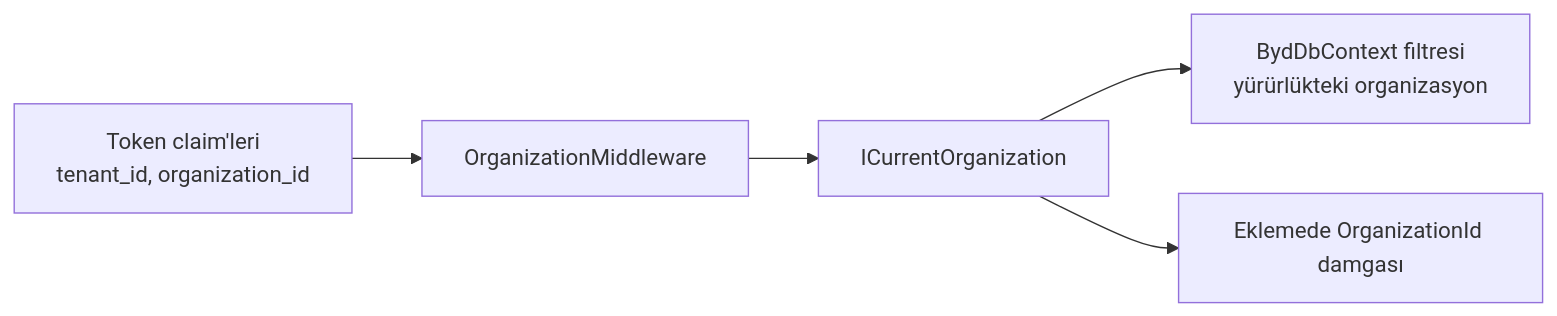
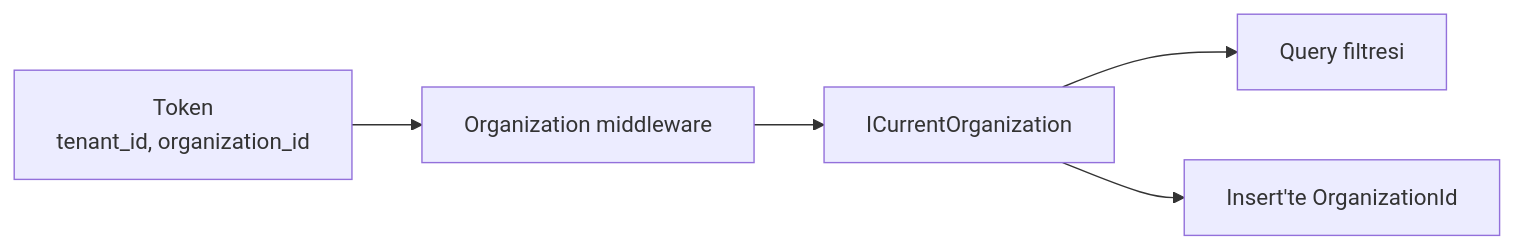
One commit to mertbyd/byd-core-extensions-api changed the fourth of 7 diagrams in README.md. Above: the diagram before and after it, drawn with Mermaid. The commit also changed other lines of this file, not shown here.

````diff
--- a/README.md
+++ b/README.md
@@ -113,7 +128,7 @@
 ```mermaid
 flowchart LR
-    T[Token claim'leri<br/>tenant_id, organization_id] --> M[OrganizationMiddleware]
+    T[Token<br/>tenant_id, organization_id] --> M[Organization middleware]
     M --> C[ICurrentOrganization]
-    C --> F[BydDbContext filtresi<br/>yürürlükteki organizasyon]
-    C --> S[Eklemede OrganizationId damgası]
+    C --> F[Query filtresi]
+    C --> S[Insert'te OrganizationId]
 ```
````
